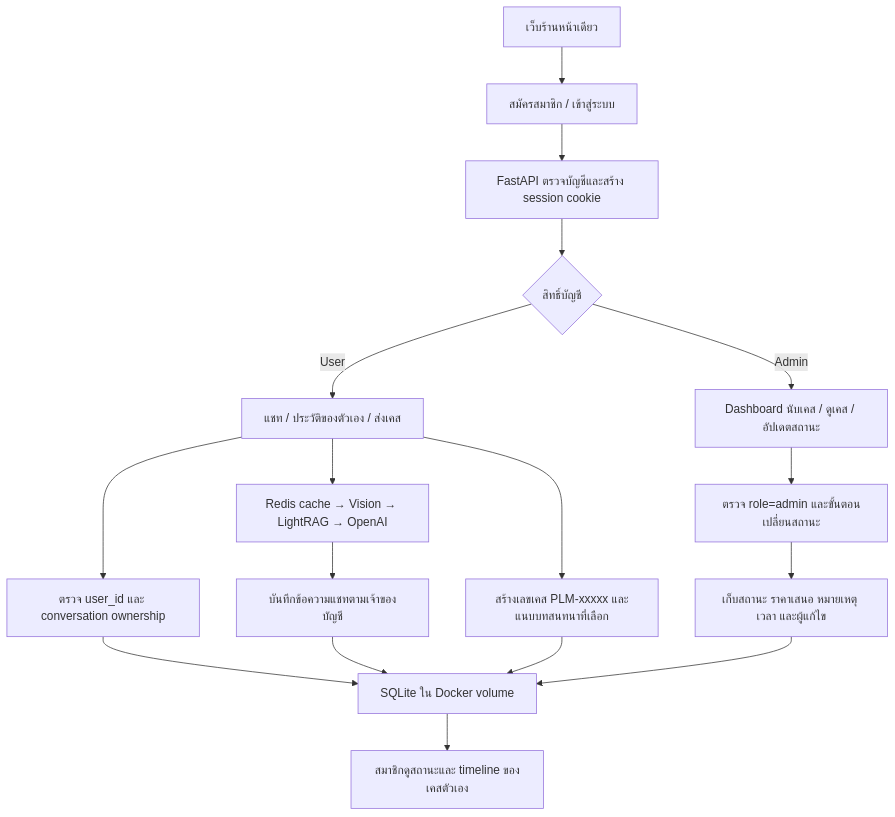
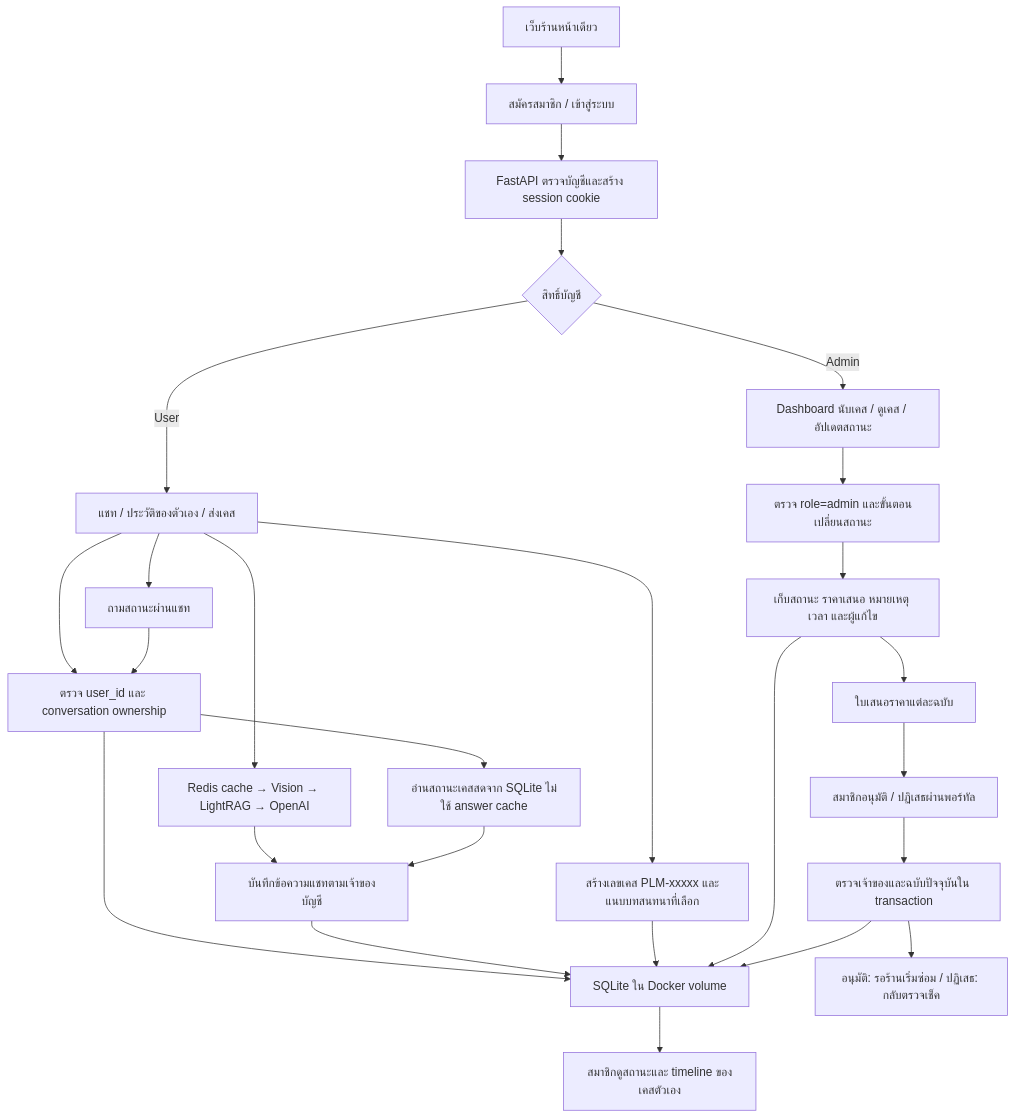
Before and after one commit to Qwmxjk0/plimo-iphone-repair-chatbot: the diagram in qa/diagrams/member-case-flow.md, drawn with Mermaid. The commit also changed other lines of this file and 19 other files, not shown here.

````diff
--- a/qa/diagrams/member-case-flow.md
+++ b/qa/diagrams/member-case-flow.md
@@ -3,19 +3,28 @@
 ```mermaid
 flowchart TD
     A[เว็บร้านหน้าเดียว] --> B[สมัครสมาชิก / เข้าสู่ระบบ]
     B --> C[FastAPI ตรวจบัญชีและสร้าง session cookie]
     C --> D{สิทธิ์บัญชี}
     D -->|User| E[แชท / ประวัติของตัวเอง / ส่งเคส]
     D -->|Admin| F[Dashboard นับเคส / ดูเคส / อัปเดตสถานะ]
     E --> G[ตรวจ user_id และ conversation ownership]
     G --> H[SQLite ใน Docker volume]
     E --> I[Redis cache → Vision → LightRAG → OpenAI]
     I --> J[บันทึกข้อความแชทตามเจ้าของบัญชี]
     J --> H
     E --> K[สร้างเลขเคส PLM-xxxxx และแนบบทสนทนาที่เลือก]
     K --> H
     F --> L[ตรวจ role=admin และขั้นตอนเปลี่ยนสถานะ]
     L --> M[เก็บสถานะ ราคาเสนอ หมายเหตุ เวลา และผู้แก้ไข]
     M --> H
     H --> N[สมาชิกดูสถานะและ timeline ของเคสตัวเอง]
+    E --> O[ถามสถานะผ่านแชท]
+    O --> G
+    G --> P[อ่านสถานะเคสสดจาก SQLite ไม่ใช้ answer cache]
+    P --> J
+    M --> Q[ใบเสนอราคาแต่ละฉบับ]
+    Q --> R[สมาชิกอนุมัติ / ปฏิเสธผ่านพอร์ทัล]
+    R --> S[ตรวจเจ้าของและฉบับปัจจุบันใน transaction]
+    S --> H
+    S --> T[อนุมัติ: รอร้านเริ่มซ่อม / ปฏิเสธ: กลับตรวจเช็ค]
 ```
````
